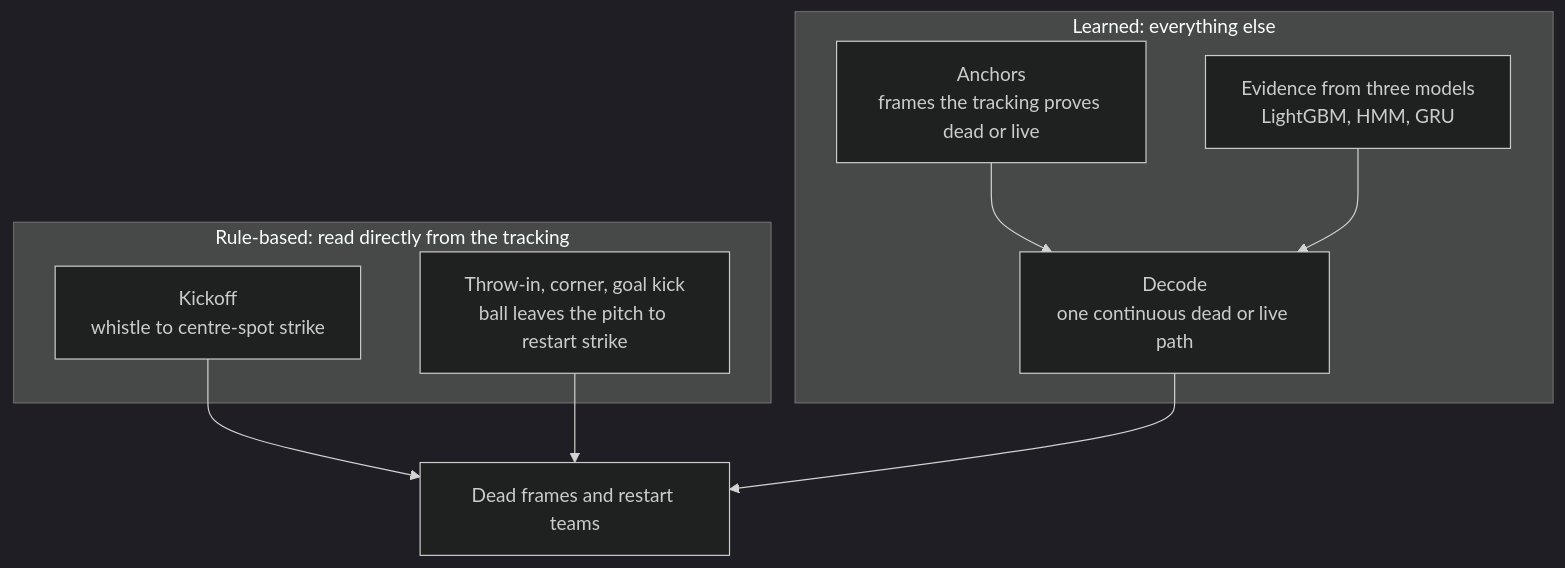
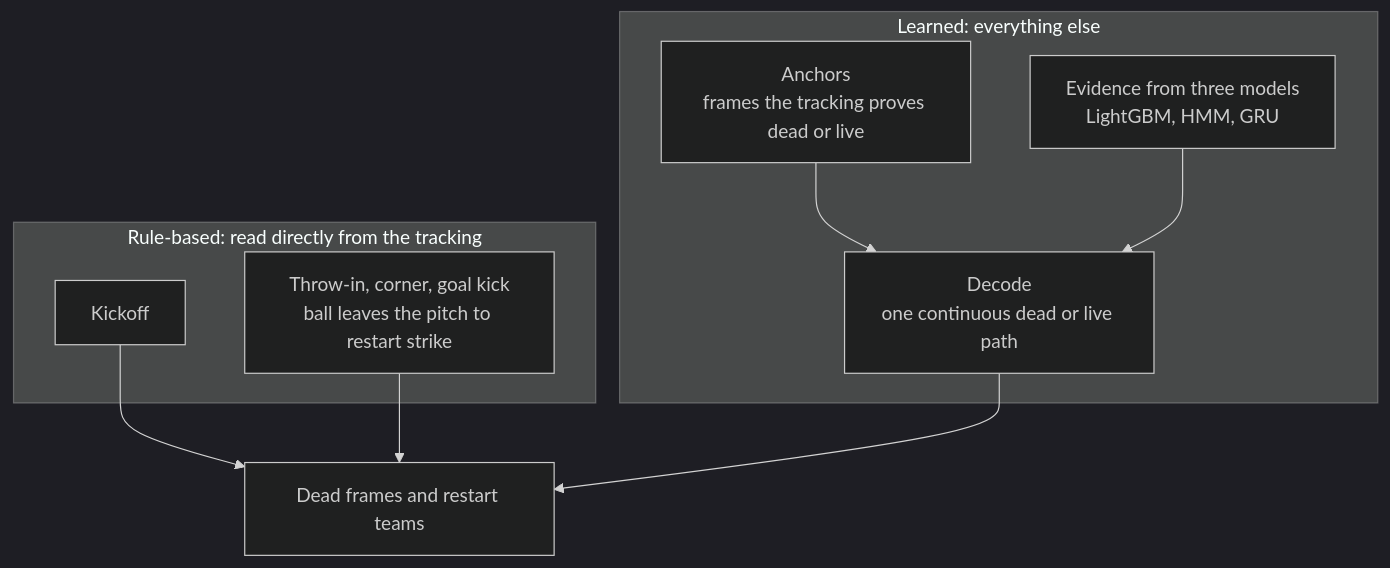
The second of 3 diagrams in TECHNICAL_DOC.md (AbhinavPrabhat/mtah2027-submission), drawn with Mermaid (dark theme) before and after one commit. The commit also changed other lines of this file and 1 other file, not shown here.

````diff
--- a/TECHNICAL_DOC.md
+++ b/TECHNICAL_DOC.md
@@ -141,17 +117,17 @@
 ```mermaid
 flowchart TB
     subgraph rules[Rule-based: read directly from the tracking]
-        K[Kickoff<br/>whistle to centre-spot strike]
+        K[Kickoff]
         S[Throw-in, corner, goal kick<br/>ball leaves the pitch to restart strike]
     end
     subgraph learned[Learned: everything else]
         AN[Anchors<br/>frames the tracking proves dead or live]
         EV[Evidence from three models<br/>LightGBM, HMM, GRU]
         DEC[Decode<br/>one continuous dead or live path]
         AN --> DEC
         EV --> DEC
     end
     K --> M[Dead frames and restart teams]
     S --> M
     DEC --> M
 ```
````
